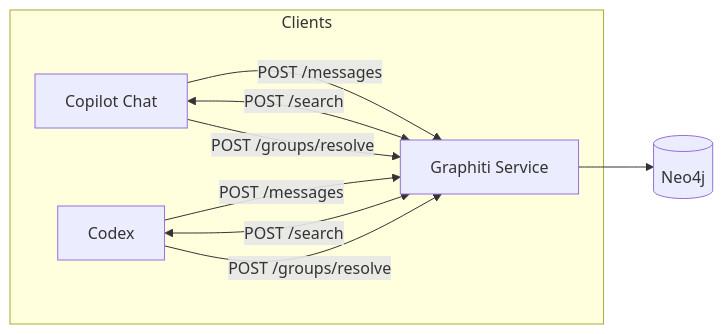
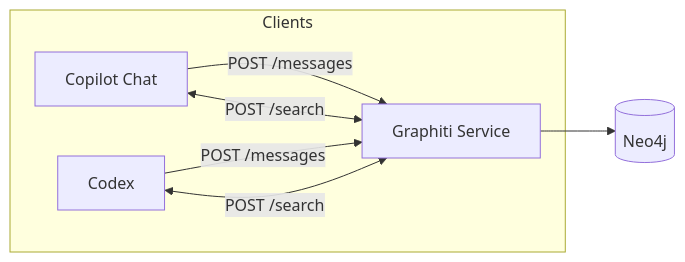
Before and after one commit to yulongbai-nov/agent-memory-hub: the diagram in docs/architecture.md, drawn with Mermaid. The commit also changed other lines of this file and 5 other files, not shown here.

````diff
--- a/docs/architecture.md
+++ b/docs/architecture.md
@@ -5,14 +5,11 @@
 ```mermaid
 flowchart LR
   subgraph Clients
     CC[Copilot Chat] -->|POST /messages| G[Graphiti Service]
     CD[Codex] -->|POST /messages| G
     CC <-->|POST /search| G
     CD <-->|POST /search| G
   end
 
   G --> N[(Neo4j)]
-
-  CC -->|POST /groups/resolve| G
-  CD -->|POST /groups/resolve| G
 ```
````
